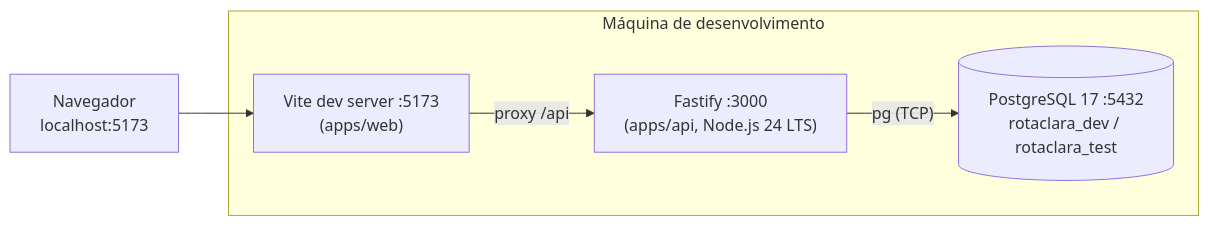
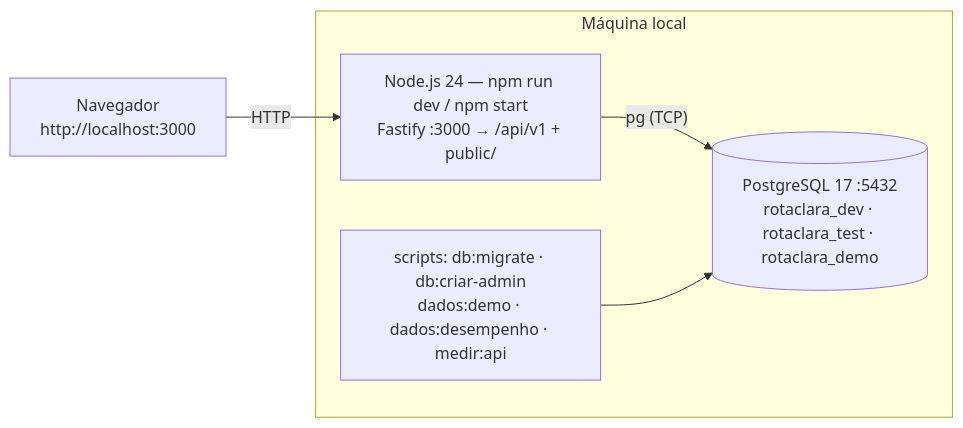
One commit to joaovitormlara01/EG2-MVP changed the first of 2 diagrams in docs/diagramas/implantacao.md. Above: the diagram before and after it, drawn with Mermaid. The commit also changed other lines of this file and 109 other files, not shown here.

````diff
--- a/docs/diagramas/implantacao.md
+++ b/docs/diagramas/implantacao.md
@@ -7,12 +8,12 @@
 ```mermaid
 flowchart LR
-  B["Navegador<br/>localhost:5173"]
-  subgraph PC["Máquina de desenvolvimento"]
-    V["Vite dev server :5173<br/>(apps/web)"]
-    A["Fastify :3000<br/>(apps/api, Node.js 24 LTS)"]
-    P[("PostgreSQL 17 :5432<br/>rotaclara_dev / rotaclara_test")]
+  B["Navegador<br/>http://localhost:3000"]
+  subgraph PC["Máquina local"]
+    A["Node.js 24 — npm run dev / npm start<br/>Fastify :3000 → /api/v1 + public/"]
+    P[("PostgreSQL 17 :5432<br/>rotaclara_dev · rotaclara_test · rotaclara_demo")]
+    S["scripts: db:migrate · db:criar-admin<br/>dados:demo · dados:desempenho · medir:api"]
   end
-  B --> V
-  V -- "proxy /api" --> A
+  B -- "HTTP" --> A
   A -- "pg (TCP)" --> P
+  S --> P
 ```
````
